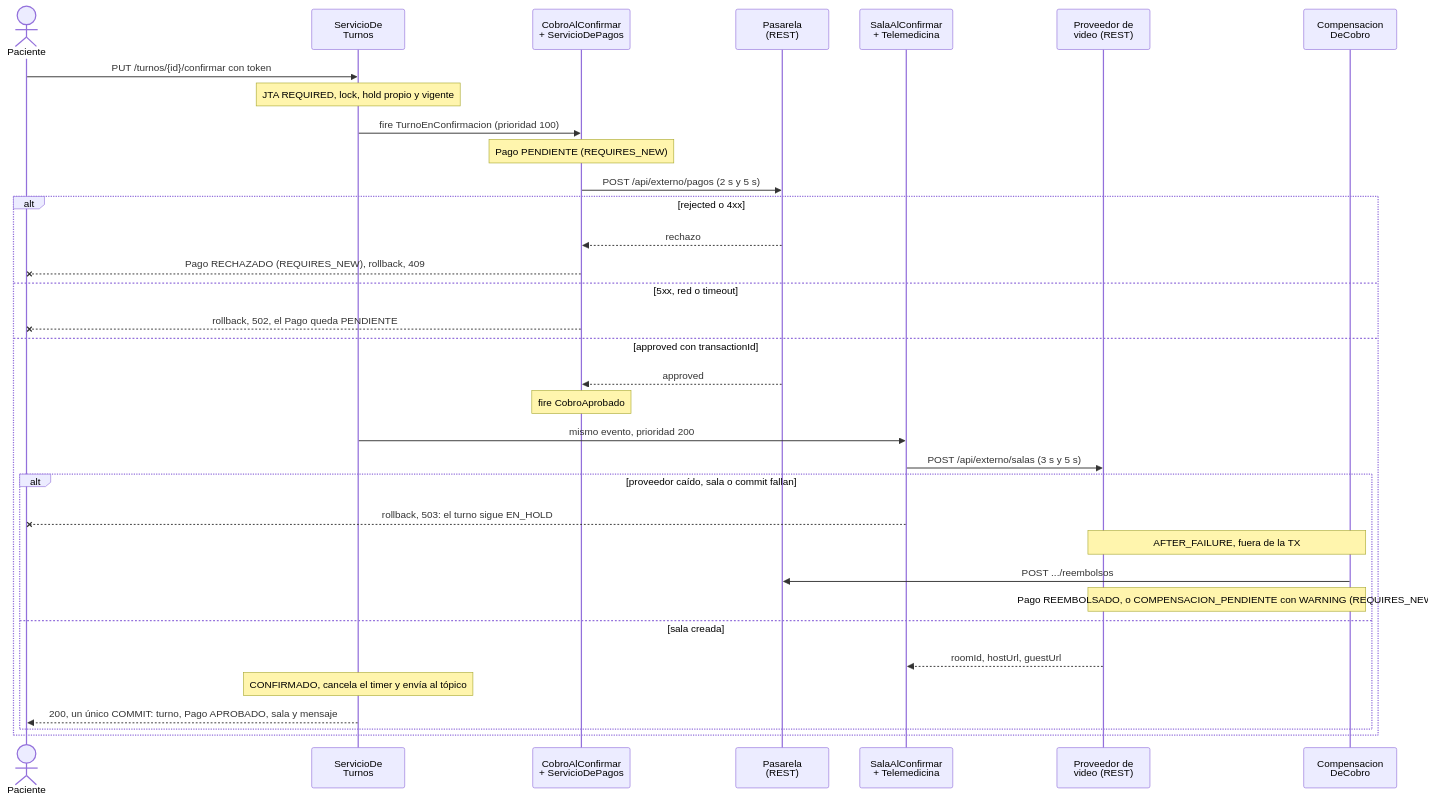
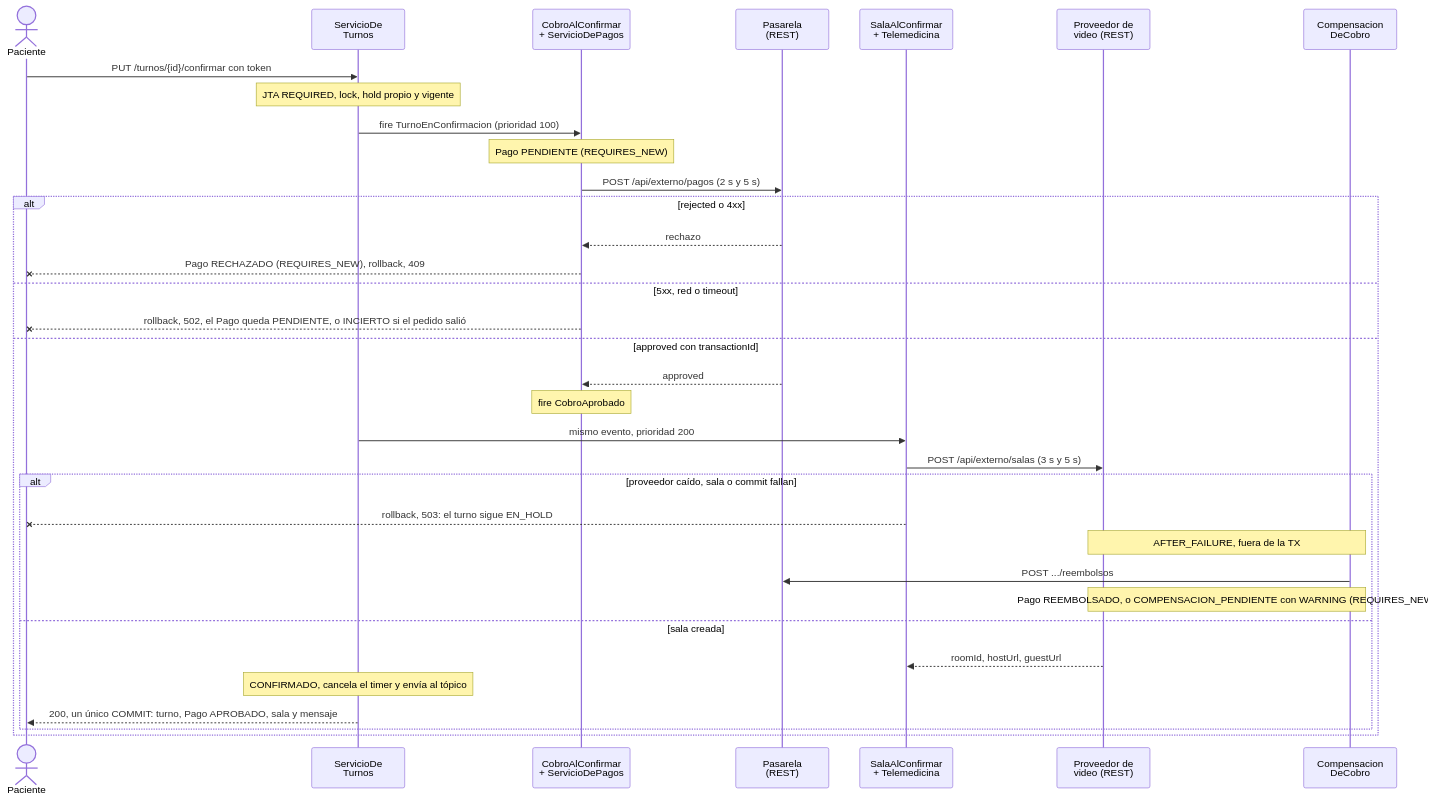
Before and after one commit to martucastro/Mediconecta-DA2: the second of 4 diagrams in docs/documento-final.md, drawn with Mermaid. The commit also changed other lines of this file and 1 other file, not shown here.

Commit message:
docs(final): circuit breaker, prueba de carga, estado INCIERTO y verificación final en el documento (SCRUM-113)

````diff
--- a/docs/documento-final.md
+++ b/docs/documento-final.md
@@ -159,36 +172,36 @@
 ```mermaid
 sequenceDiagram
     actor P as Paciente
     participant ST as ServicioDe<br/>Turnos
     participant SP as CobroAlConfirmar<br/>+ ServicioDePagos
     participant GW as Pasarela<br/>(REST)
     participant SA as SalaAlConfirmar<br/>+ Telemedicina
     participant PV as Proveedor de<br/>video (REST)
     participant CC as Compensacion<br/>DeCobro
     P->>ST: PUT /turnos/{id}/confirmar con token
     Note over ST: JTA REQUIRED, lock, hold propio y vigente
     ST->>SP: fire TurnoEnConfirmacion (prioridad 100)
     Note over SP: Pago PENDIENTE (REQUIRES_NEW)
     SP->>GW: POST /api/externo/pagos (2 s y 5 s)
     alt rejected o 4xx
         GW-->>SP: rechazo
         SP--xP: Pago RECHAZADO (REQUIRES_NEW), rollback, 409
     else 5xx, red o timeout
-        SP--xP: rollback, 502, el Pago queda PENDIENTE
+        SP--xP: rollback, 502, el Pago queda PENDIENTE, o INCIERTO si el pedido salió
     else approved con transactionId
         GW-->>SP: approved
         Note over SP: fire CobroAprobado
         ST->>SA: mismo evento, prioridad 200
         SA->>PV: POST /api/externo/salas (3 s y 5 s)
         alt proveedor caído, sala o commit fallan
             SA--xP: rollback, 503: el turno sigue EN_HOLD
             Note over PV,CC: AFTER_FAILURE, fuera de la TX
             CC->>GW: POST .../reembolsos
             Note over PV,CC: Pago REEMBOLSADO, o COMPENSACION_PENDIENTE con WARNING (REQUIRES_NEW)
         else sala creada
             PV-->>SA: roomId, hostUrl, guestUrl
             Note over ST: CONFIRMADO, cancela el timer y envía al tópico
             ST-->>P: 200, un único COMMIT: turno, Pago APROBADO, sala y mensaje
         end
     end
 ```
````
